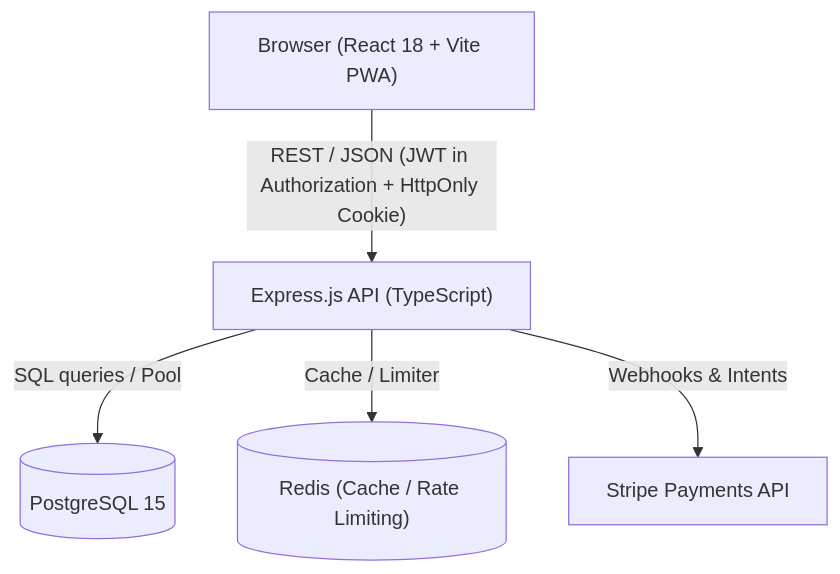
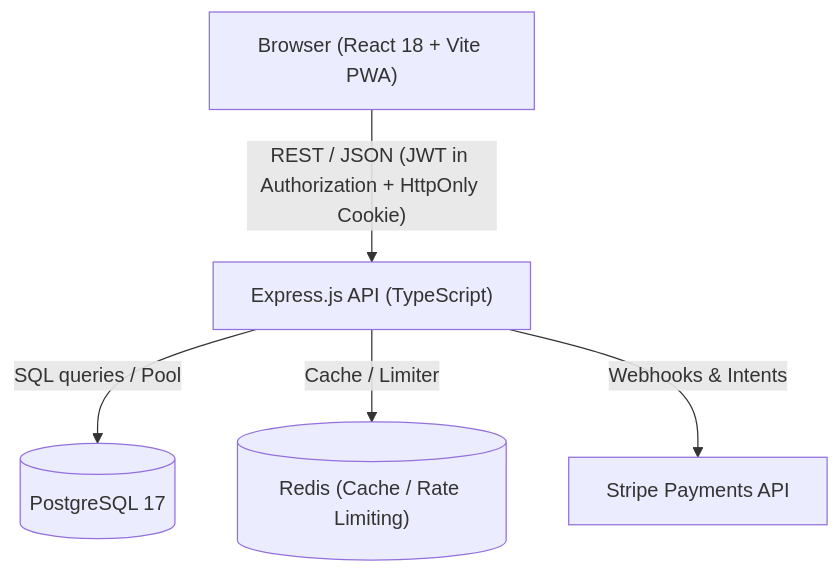
Before and after one commit to xb3sox/yalla: the first of 2 diagrams in docs/ARCHITECTURE.md, drawn with Mermaid. The commit also changed 81 other files, not shown here.

````diff
--- a/docs/ARCHITECTURE.md
+++ b/docs/ARCHITECTURE.md
@@ -20,13 +20,13 @@
 ```mermaid
 graph TD
     Client["Browser (React 18 + Vite PWA)"]
     API["Express.js API (TypeScript)"]
-    DB[("PostgreSQL 15")]
+    DB[("PostgreSQL 17")]
     Redis[("Redis (Cache / Rate Limiting)")]
     Stripe["Stripe Payments API"]
 
     Client -->|"REST / JSON (JWT in Authorization + HttpOnly Cookie)"| API
     API -->|"SQL queries / Pool"| DB
     API -->|"Cache / Limiter"| Redis
     API -->|"Webhooks & Intents"| Stripe
 ```
````
